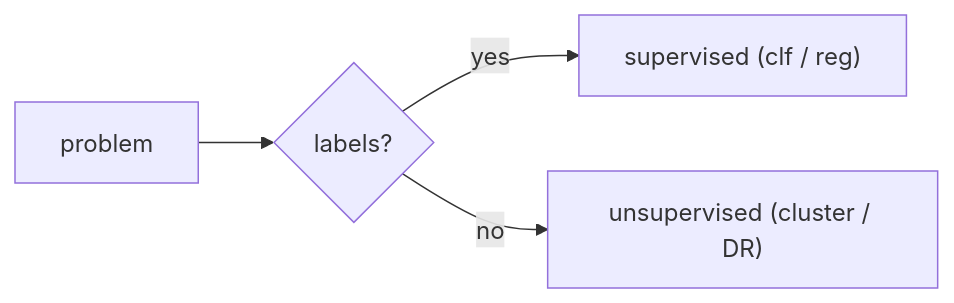
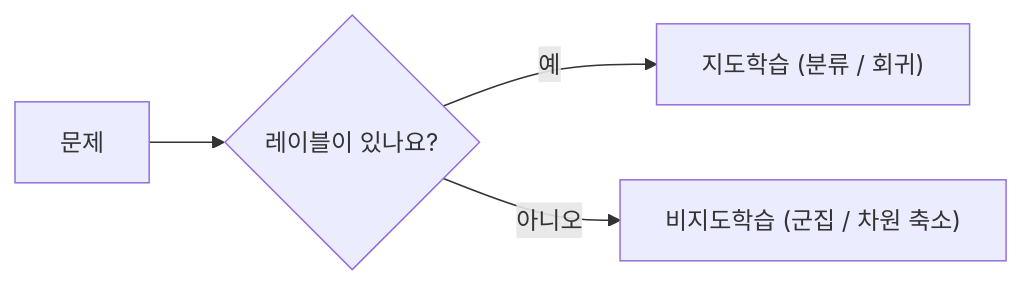
Before and after one commit to yeongseon-books/book-content: the diagram in content/machine-learning-101/ko/02-supervised-and-unsupervised.md, drawn with Mermaid. The commit also changed other lines of this file and 6 other files, not shown here.

````diff
--- a/content/machine-learning-101/ko/02-supervised-and-unsupervised.md
+++ b/content/machine-learning-101/ko/02-supervised-and-unsupervised.md
@@ -33,6 +47,6 @@
 ```mermaid
 flowchart LR
-    Problem["problem"] --> Labeled{"labels?"}
-    Labeled -->|yes| Sup["supervised (clf / reg)"]
-    Labeled -->|no| Unsup["unsupervised (cluster / DR)"]
+    Problem["문제"] --> Labeled{"레이블이 있나요?"}
+    Labeled -->|예| Sup["지도학습 (분류 / 회귀)"]
+    Labeled -->|아니오| Unsup["비지도학습 (군집 / 차원 축소)"]
 ```
````
